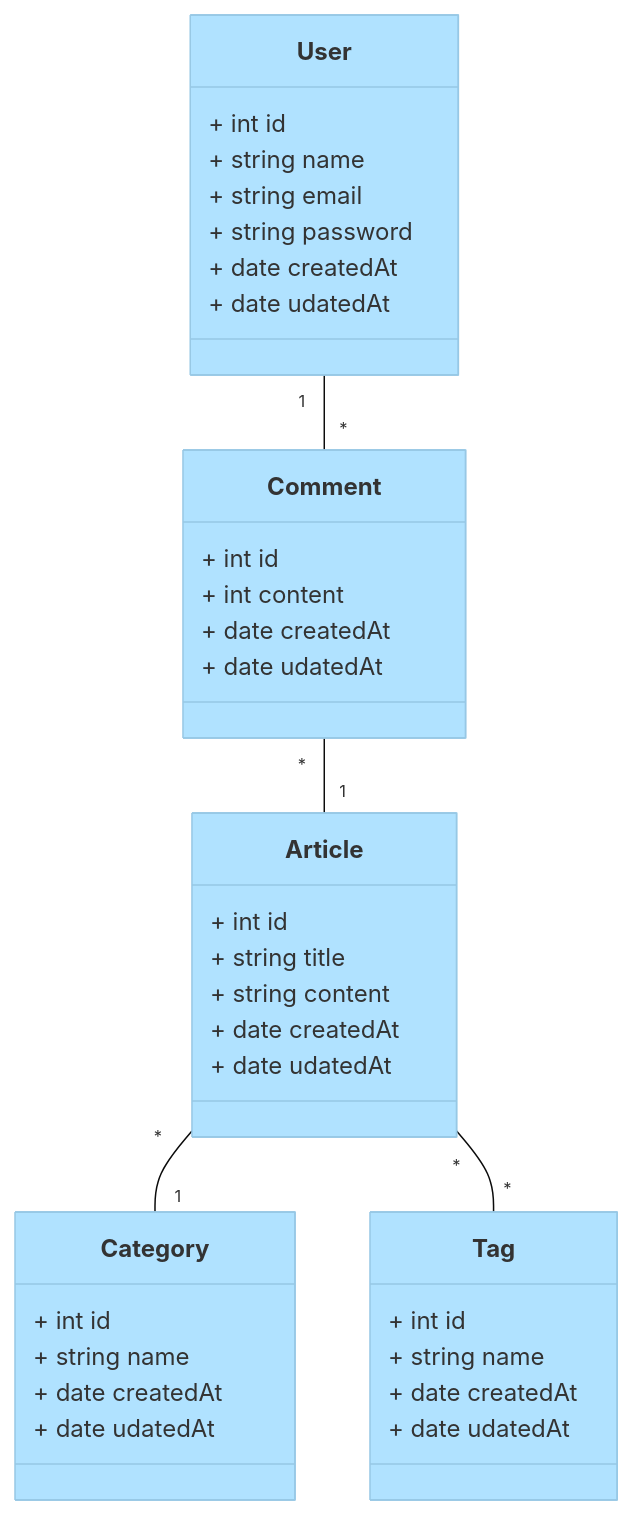
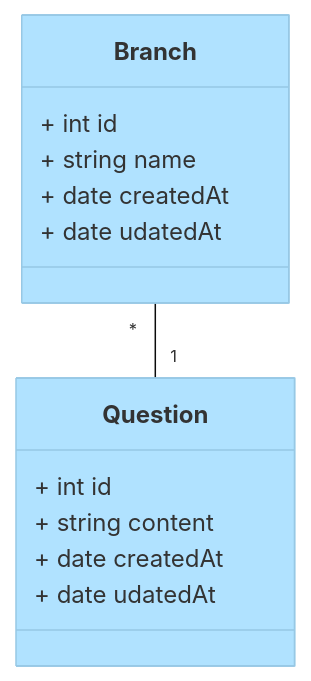
One commit to Suirita/File_rouge changed the diagram in Conception_generique/Conception_generique.mmd. Above: the diagram before and after it, drawn with Mermaid.

Commit message:
Conception generique

```diff
--- a/Conception_generique/Conception_generique.mmd
+++ b/Conception_generique/Conception_generique.mmd
@@ -1,45 +1,18 @@
 %%{init: {'theme': 'base', 'themeVariables': {'primaryColor': '#B0E2FF', 'edgeLabelBackground': '#E6F7FF', 'tertiaryColor': '#D9F2FF'}}}%%
 
 classDiagram
-  class User {
-    + int id
-    + string name
-    + string email
-    + string password
-    + date createdAt
-    + date udatedAt
-  }
-
-  class Article {
-    + int id
-    + string title
-    + string content
-    + date createdAt
-    + date udatedAt
-  }
-
-  class Category {
+  class Branch {
     + int id
     + string name
     + date createdAt
     + date udatedAt
   }
 
-  class Tag {
+  class Question {
     + int id
-    + string name
+    + string content
     + date createdAt
     + date udatedAt
   }
 
-  class Comment {
-    + int id
-    + int content
-    + date createdAt
-    + date udatedAt
-  }
-
-  Article "*" -- "1" Category
-  Article "*" -- "*" Tag
-  User "1" -- "*" Comment
-  Comment "*" -- "1" Article
+  Branch "*" -- "1" Question
```
